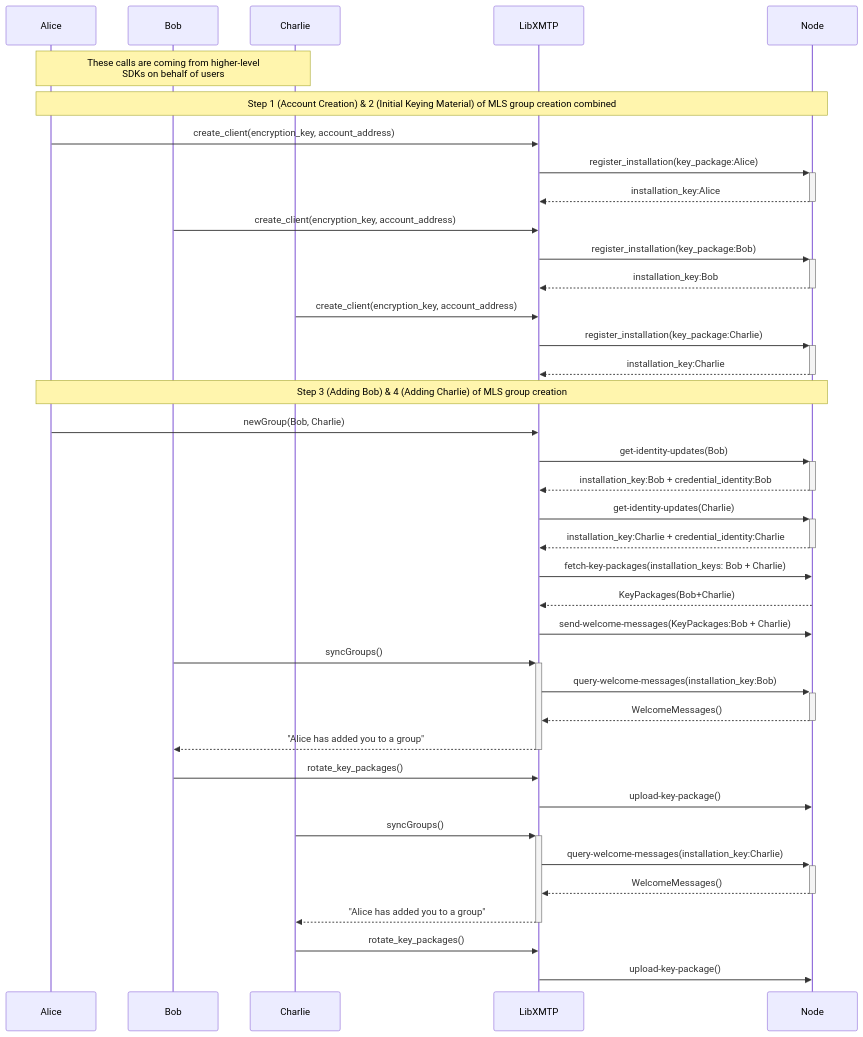
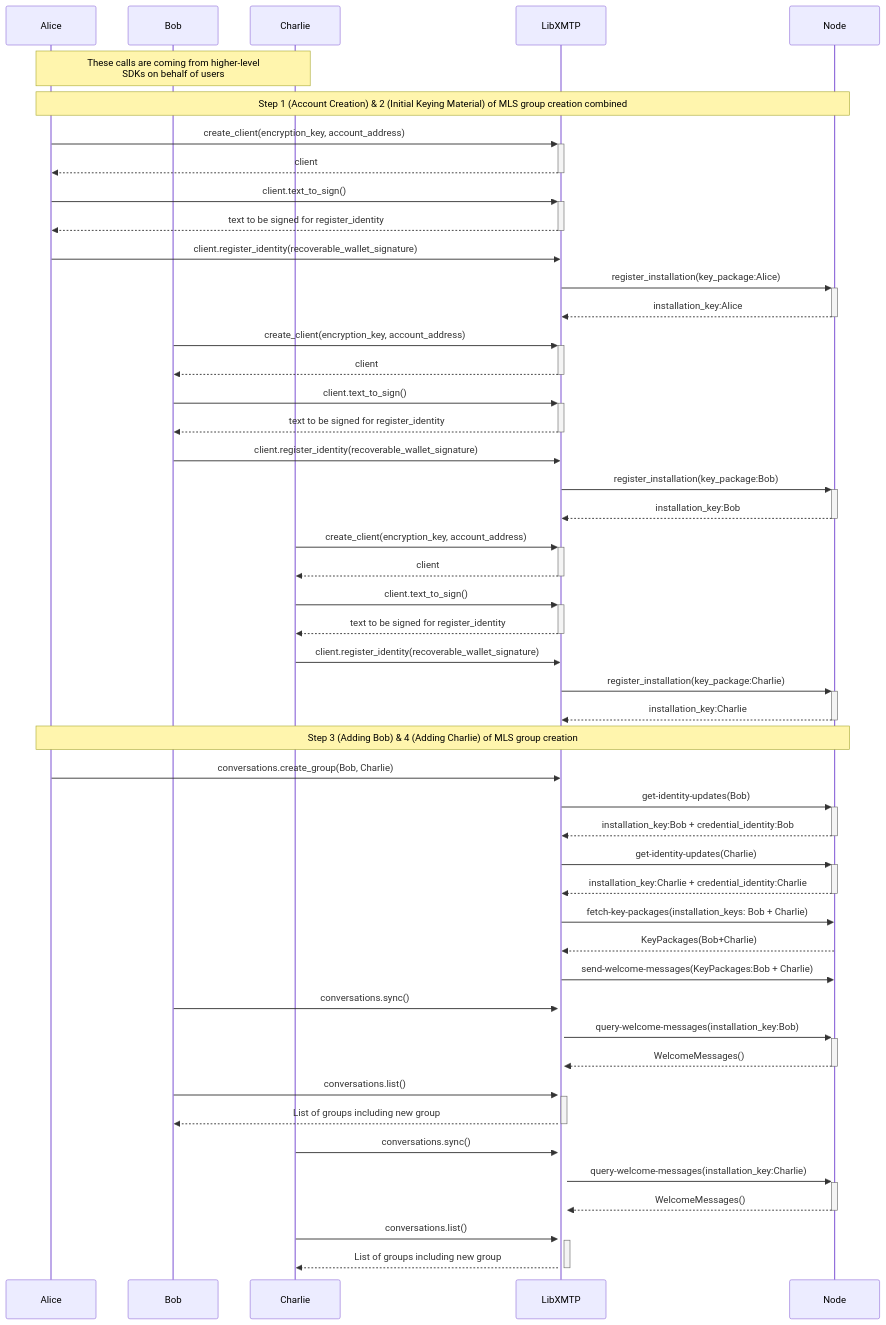
Before and after one commit to xmtp/libxmtp: the first of 4 diagrams in diagrams/diagrams.md, drawn with Mermaid. The commit also changed other lines of this file and 5 other files, not shown here.

````diff
--- a/diagrams/diagrams.md
+++ b/diagrams/diagrams.md
@@ -14,42 +16,52 @@
 ```mermaid
 sequenceDiagram
     participant Alice
     participant Bob
     participant Charlie
     participant LibXMTP
     participant Node
 
     Note over Alice,Charlie: These calls are coming from higher-level<br/> SDKs on behalf of users
     Note over Alice,Node: Step 1 (Account Creation) & 2 (Initial Keying Material) of MLS group creation combined
-    Alice->>LibXMTP: create_client(encryption_key, account_address)
+    Alice->>+LibXMTP: create_client(encryption_key, account_address)
+    LibXMTP-->>-Alice: client
+    Alice->>+LibXMTP: client.text_to_sign()
+    LibXMTP-->>-Alice: text to be signed for register_identity
+    Alice->>LibXMTP: client.register_identity(recoverable_wallet_signature)
     LibXMTP->>+Node: register_installation(key_package:Alice)
     Node-->>-LibXMTP: installation_key:Alice
-    Bob->>LibXMTP: create_client(encryption_key, account_address)
+    Bob->>+LibXMTP: create_client(encryption_key, account_address)
+    LibXMTP-->>-Bob: client
+    Bob->>+LibXMTP: client.text_to_sign()
+    LibXMTP-->>-Bob: text to be signed for register_identity
+    Bob->>LibXMTP: client.register_identity(recoverable_wallet_signature)    
     LibXMTP->>+Node: register_installation(key_package:Bob)
     Node-->>-LibXMTP: installation_key:Bob
-    Charlie->>LibXMTP: create_client(encryption_key, account_address)
+    Charlie->>+LibXMTP: create_client(encryption_key, account_address)
+    LibXMTP-->>-Charlie: client
+    Charlie->>+LibXMTP: client.text_to_sign()
+    LibXMTP-->>-Charlie: text to be signed for register_identity
+    Charlie->>LibXMTP: client.register_identity(recoverable_wallet_signature)  
     LibXMTP->>+Node: register_installation(key_package:Charlie)
     Node-->>-LibXMTP: installation_key:Charlie 
 
     Note over Alice,Node: Step 3 (Adding Bob) & 4 (Adding Charlie) of MLS group creation
-    Alice->>LibXMTP: newGroup(Bob, Charlie)
+    Alice->>LibXMTP: conversations.create_group(Bob, Charlie)
     LibXMTP->>+Node: get-identity-updates(Bob)
     Node-->>-LibXMTP: installation_key:Bob + credential_identity:Bob
     LibXMTP->>+Node: get-identity-updates(Charlie)
     Node-->>-LibXMTP: installation_key:Charlie + credential_identity:Charlie   
     LibXMTP->>Node: fetch-key-packages(installation_keys: Bob + Charlie)
     Node-->>LibXMTP: KeyPackages(Bob+Charlie) 
     LibXMTP->>Node: send-welcome-messages(KeyPackages:Bob + Charlie)
-    Bob->>+LibXMTP: syncGroups()
+    Bob->>+LibXMTP: conversations.sync()
     LibXMTP->>+Node: query-welcome-messages(installation_key:Bob)
     Node-->>-LibXMTP: WelcomeMessages()
-    LibXMTP-->>-Bob: "Alice has added you to a group"   
-    Bob->>LibXMTP: rotate_key_packages()
-    LibXMTP->>Node: upload-key-package()
-    Charlie->>+LibXMTP: syncGroups()
+    Bob->>+LibXMTP: conversations.list()
+    LibXMTP-->>-Bob: List of groups including new group  
+    Charlie->>+LibXMTP: conversations.sync()
     LibXMTP->>+Node: query-welcome-messages(installation_key:Charlie)
     Node-->>-LibXMTP: WelcomeMessages()
-    LibXMTP-->>-Charlie: "Alice has added you to a group"   
-    Charlie->>LibXMTP: rotate_key_packages()
-    LibXMTP->>Node: upload-key-package() 
+    Charlie->>+LibXMTP: conversations.list()
+    LibXMTP-->>-Charlie: List of groups including new group  
 ```
````
